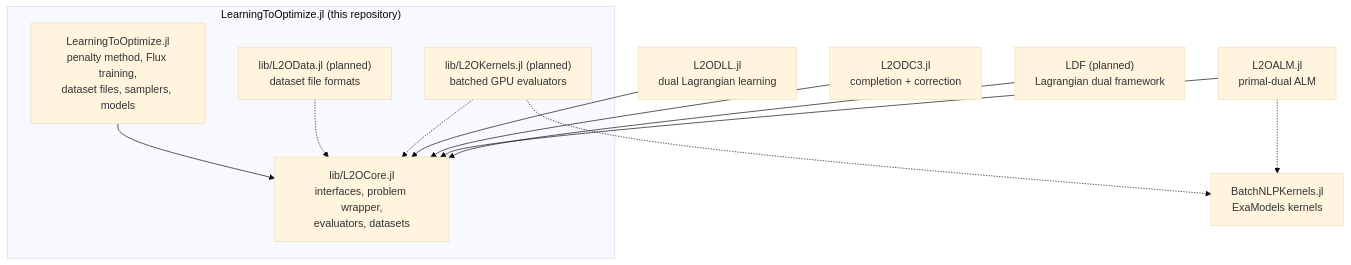
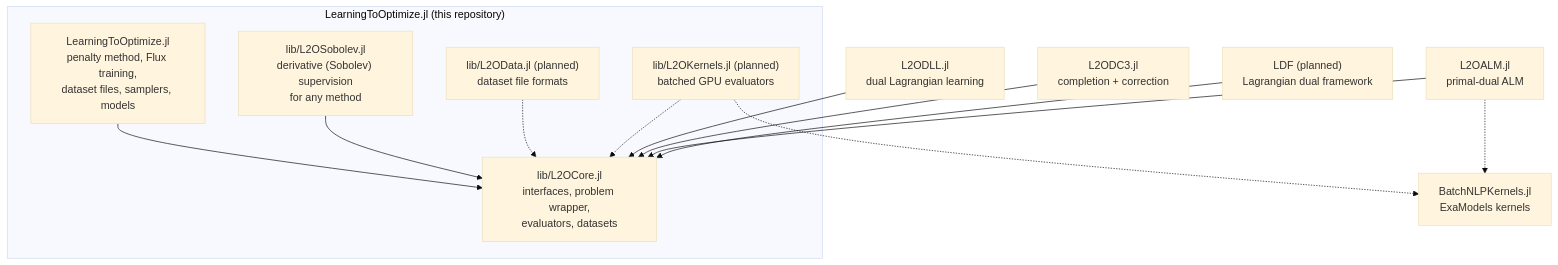
Before and after one commit to LearningToOptimize/LearningToOptimize.jl: the first of 5 diagrams in docs/src/design.md, drawn with Mermaid (base theme). The commit also changed other lines of this file and 34 other files, not shown here.

Commit message:
Add lib/L2OSobolev: method-agnostic masked Sobolev (derivative) supervision (#42)

````diff
--- a/docs/src/design.md
+++ b/docs/src/design.md
@@ -11,23 +11,25 @@
 ```mermaid
 graph TD
     subgraph "LearningToOptimize.jl (this repository)"
         CORE["lib/L2OCore.jl<br/>interfaces, problem wrapper,<br/>evaluators, datasets"]
         MAIN["LearningToOptimize.jl<br/>penalty method, Flux training,<br/>dataset files, samplers, models"]
+        SOB["lib/L2OSobolev.jl<br/>derivative (Sobolev) supervision<br/>for any method"]
         DATA["lib/L2OData.jl (planned)<br/>dataset file formats"]
         KERN["lib/L2OKernels.jl (planned)<br/>batched GPU evaluators"]
     end
     DLL["L2ODLL.jl<br/>dual Lagrangian learning"]
     DC3["L2ODC3.jl<br/>completion + correction"]
     ALM["L2OALM.jl<br/>primal-dual ALM"]
     LDF["LDF (planned)<br/>Lagrangian dual framework"]
     BNK["BatchNLPKernels.jl<br/>ExaModels kernels"]
     MAIN --> CORE
+    SOB --> CORE
     DATA -.-> CORE
     KERN -.-> CORE
     KERN -.-> BNK
     DLL --> CORE
     DC3 --> CORE
     ALM --> CORE
     LDF --> CORE
     ALM -.-> BNK
 ```
````
